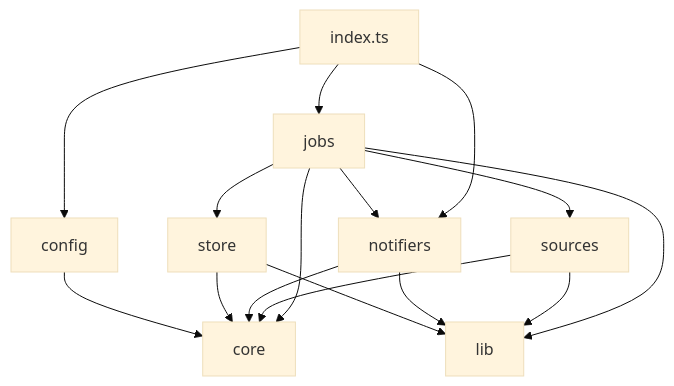
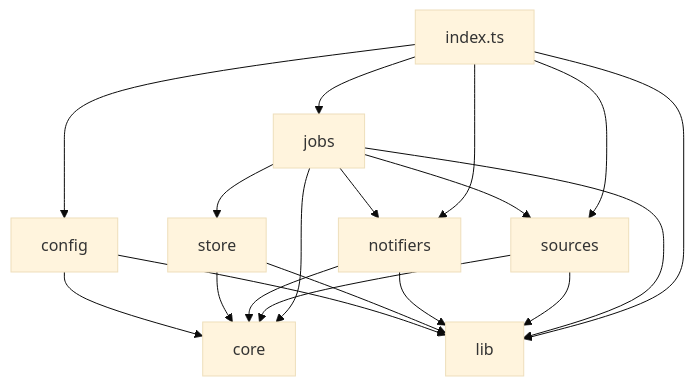
One commit to FusionFroze/atticus changed the second of 2 diagrams in docs/ARCHITECTURE.md. Above: the diagram before and after it, drawn with Mermaid (base theme). The commit also changed other lines of this file and 34 other files, not shown here.

````diff
--- a/docs/ARCHITECTURE.md
+++ b/docs/ARCHITECTURE.md
@@ -61,18 +61,21 @@
 ```mermaid
 flowchart TB
   indexTs["index.ts"] --> jobs
   indexTs --> config
   indexTs --> notifiers
+  indexTs --> sources
+  indexTs --> lib
   jobs --> sources
   jobs --> notifiers
   jobs --> store
   jobs --> core
   sources --> core
   notifiers --> core
   store --> core
   config --> core
   jobs --> lib
   sources --> lib
   notifiers --> lib
   store --> lib
+  config --> lib
 ```
````
